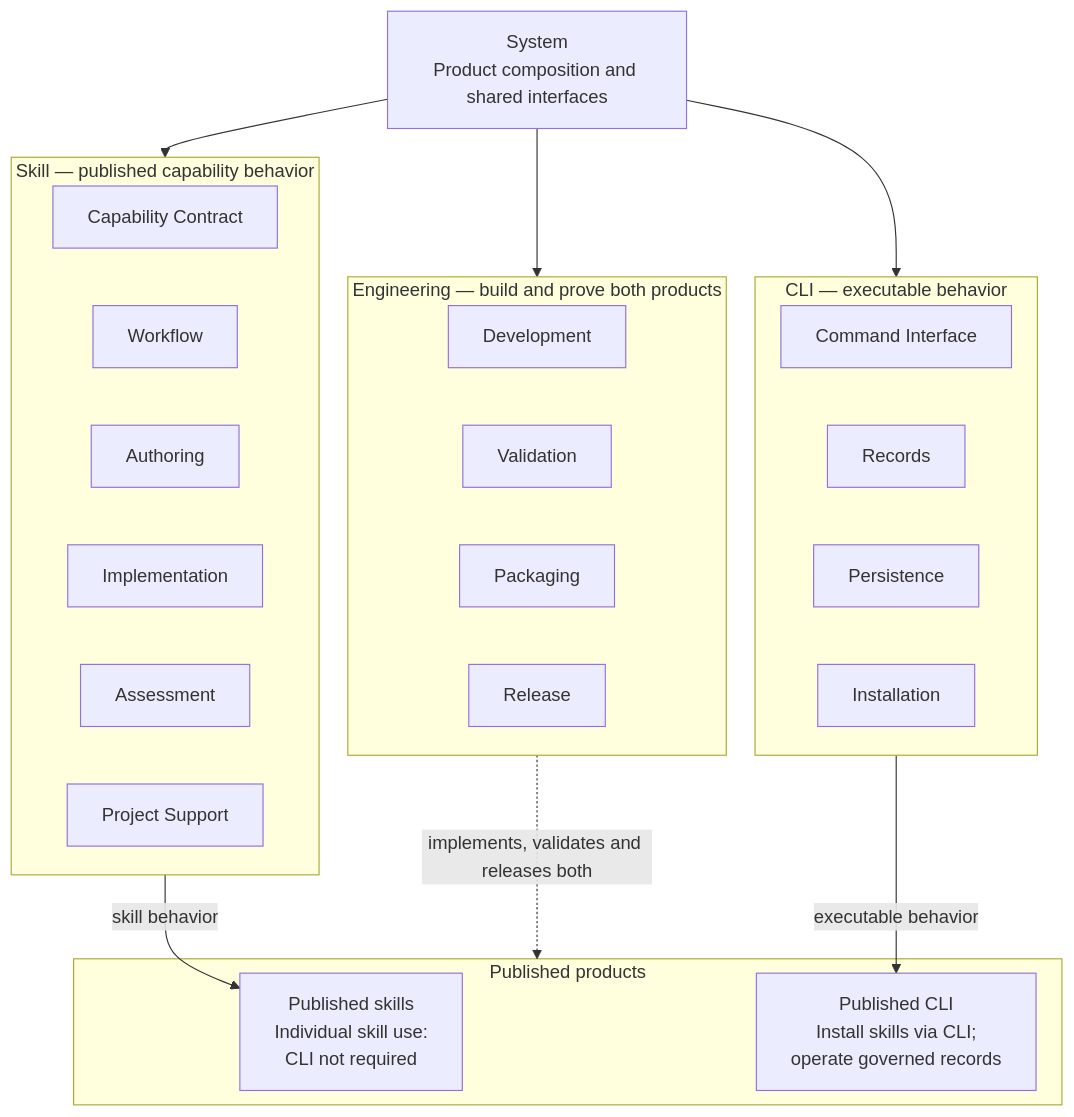
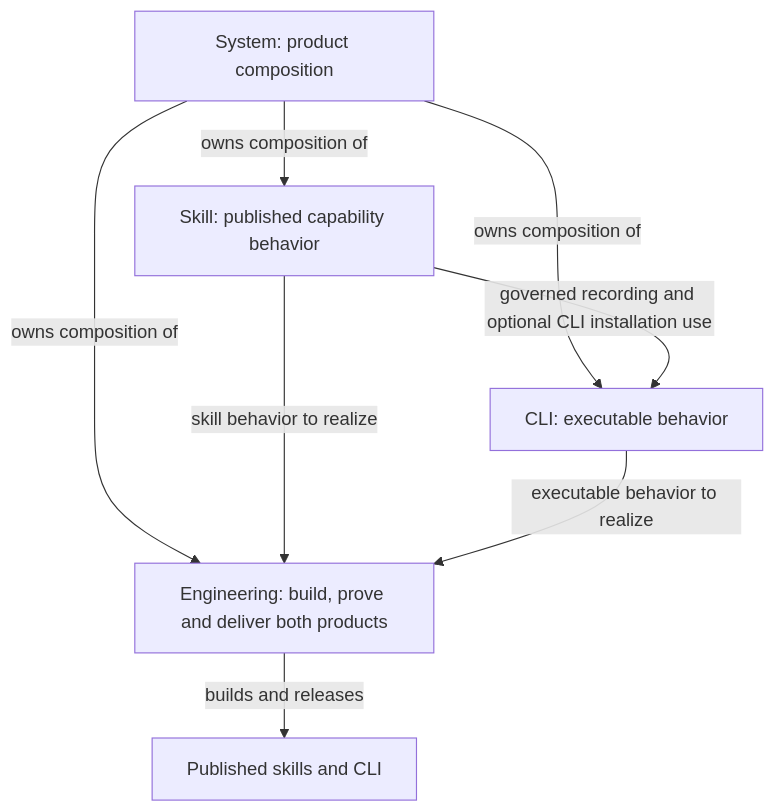
One commit to xiongxianfei/rigorloop changed the diagram in docs/design/system.md. Above: the diagram before and after it, drawn with Mermaid. The commit also changed other lines of this file and 7 other files, not shown here.

Commit message:
design: place subsystem graphs with their parent models

````diff
--- a/docs/design/system.md
+++ b/docs/design/system.md
@@ -17,47 +17,14 @@
 ```mermaid
-%%{init: {"flowchart": {"rankSpacing": 25, "nodeSpacing": 25}}}%%
 flowchart TB
-    System["System<br/>Product composition and shared interfaces"]
-
-    subgraph Skill["Skill — published capability behavior"]
-        direction TB
-        S1["Capability Contract"]
-        S2["Workflow"]
-        S3["Authoring"]
-        S4["Implementation"]
-        S5["Assessment"]
-        S6["Project Support"]
-        S1 ~~~ S2 ~~~ S3 ~~~ S4 ~~~ S5 ~~~ S6
-    end
-
-    subgraph CLI["CLI — executable behavior"]
-        direction TB
-        C1["Command Interface"]
-        C2["Records"]
-        C3["Persistence"]
-        C4["Installation"]
-        C1 ~~~ C2 ~~~ C3 ~~~ C4
-    end
-
-    subgraph Engineering["Engineering — build and prove both products"]
-        direction TB
-        E1["Development"]
-        E2["Validation"]
-        E3["Packaging"]
-        E4["Release"]
-        E1 ~~~ E2 ~~~ E3 ~~~ E4
-    end
-
-    System --> Skill
-    System --> CLI
-    System --> Engineering
-
-    subgraph Products["Published products"]
-        PublishedSkills["Published skills<br/>Individual skill use:<br/>CLI not required"]
-        PublishedCLI["Published CLI<br/>Install skills via CLI;<br/>operate governed records"]
-    end
-    Skill -->|"skill behavior"| PublishedSkills
-    CLI -->|"executable behavior"| PublishedCLI
-    Engineering -.->|"implements, validates and releases both"| Products
-
+    System["System: product composition"]
+    Skill["Skill: published capability behavior"]
+    CLI["CLI: executable behavior"]
+    Engineering["Engineering: build, prove and deliver both products"]
+    System -->|"owns composition of"| Skill
+    System -->|"owns composition of"| CLI
+    System -->|"owns composition of"| Engineering
+    Skill -->|"governed recording and optional CLI installation use"| CLI
+    Skill -->|"skill behavior to realize"| Engineering
+    CLI -->|"executable behavior to realize"| Engineering
+    Engineering -->|"builds and releases"| Products["Published skills and CLI"]
 ```
````
